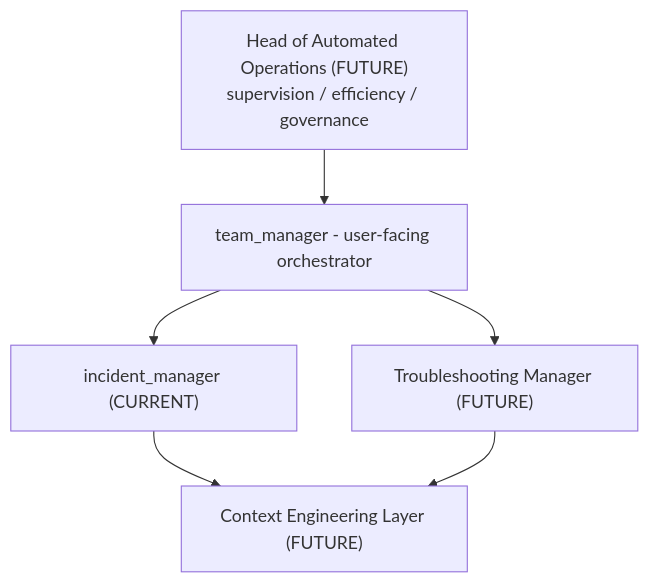
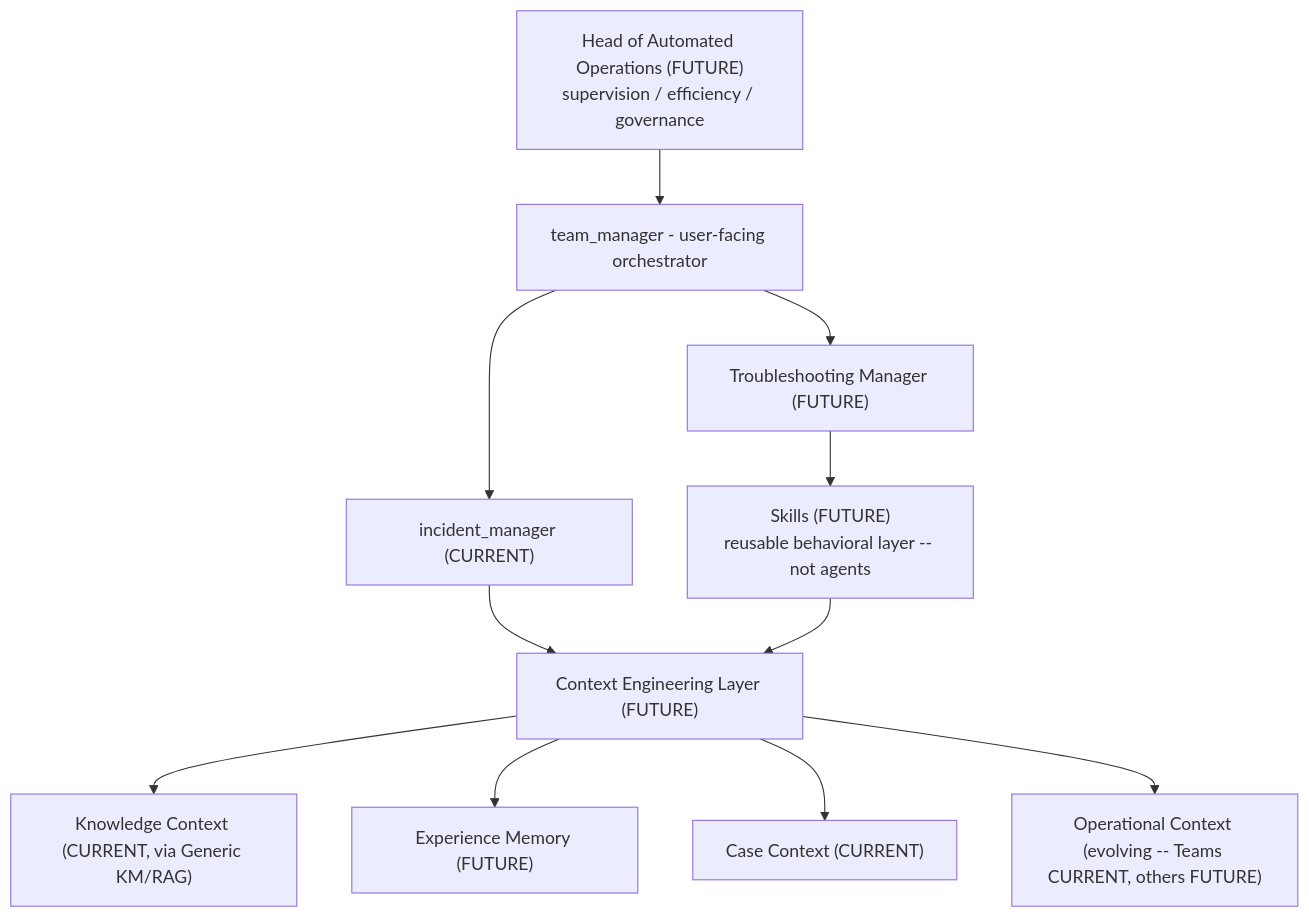
The second of 2 diagrams in docs/AGENT_CONTRACT.md (drak0niii/SLOPANOC), drawn with Mermaid before and after one commit. The commit also changed other lines of this file and 62 other files, not shown here.

````diff
--- a/docs/AGENT_CONTRACT.md
+++ b/docs/AGENT_CONTRACT.md
@@ -69,8 +69,13 @@
 ```mermaid
 flowchart TD
     HOO["Head of Automated Operations (FUTURE)<br/>supervision / efficiency / governance"] --> TM[team_manager - user-facing orchestrator]
     TM --> IM["incident_manager (CURRENT)"]
     TM --> TSM["Troubleshooting Manager (FUTURE)"]
+    TSM --> SK["Skills (FUTURE)<br/>reusable behavioral layer -- not agents"]
     IM --> CEL["Context Engineering Layer (FUTURE)"]
-    TSM --> CEL
+    SK --> CEL
+    CEL --> KC["Knowledge Context (CURRENT, via Generic KM/RAG)"]
+    CEL --> EM["Experience Memory (FUTURE)"]
+    CEL --> CC["Case Context (CURRENT)"]
+    CEL --> OC["Operational Context (evolving -- Teams CURRENT, others FUTURE)"]
 ```
````
